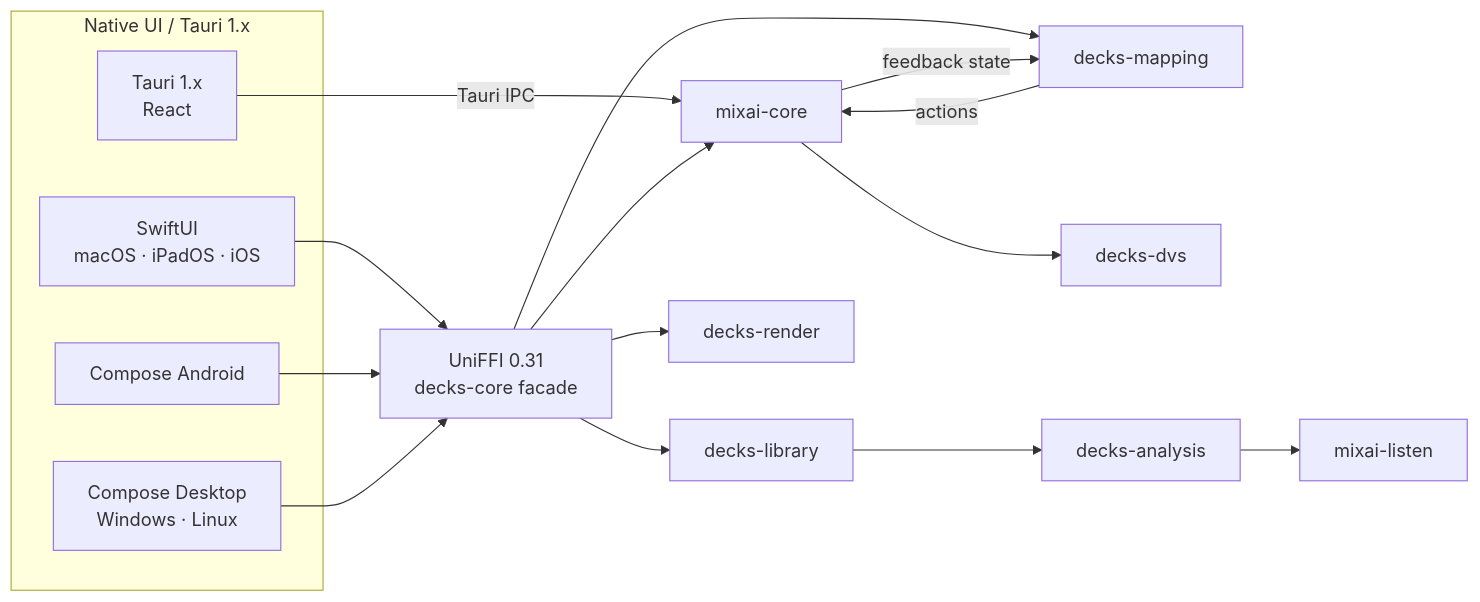
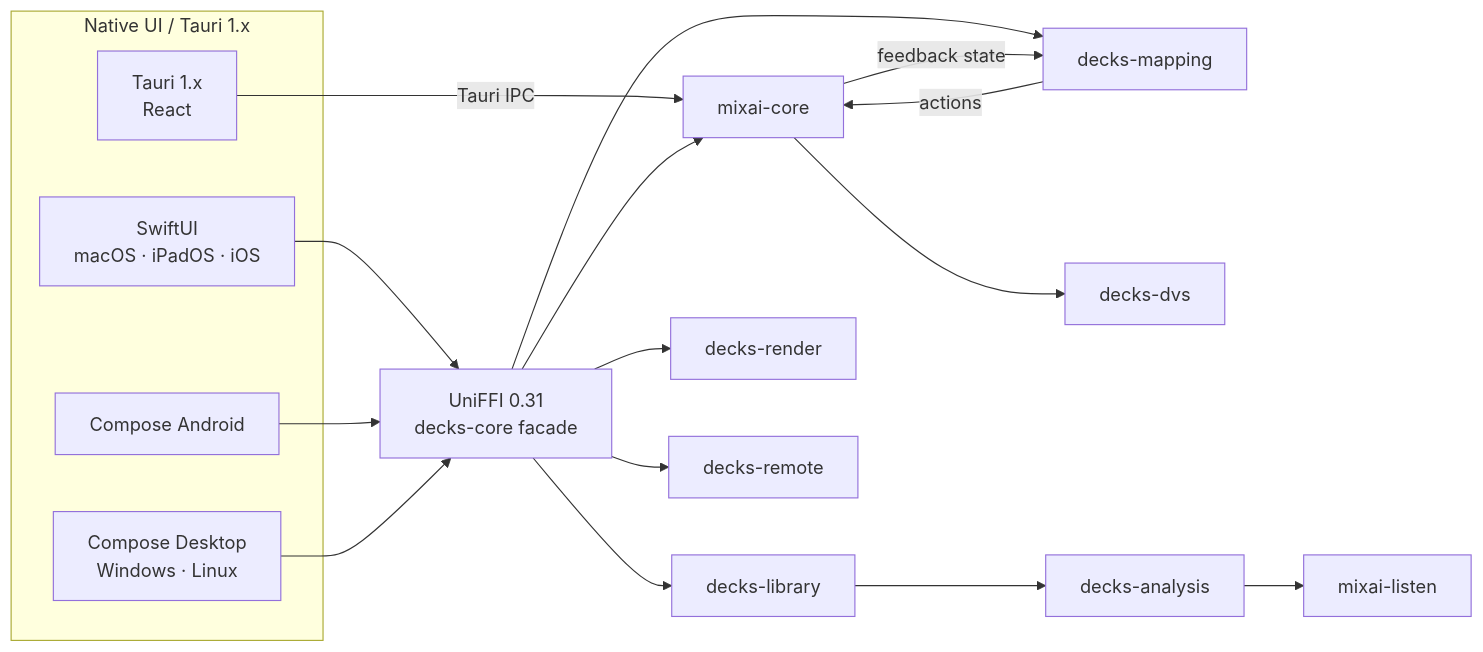
The first of 3 diagrams in docs/decks/architecture.md (dragoscv/mmo), drawn with Mermaid before and after one commit. The commit also changed other lines of this file and 37 other files, not shown here.

First line of the commit message:
feat(mixai): decks connected mode - phone remote, second screen and party requests (WP19-21)

````diff
--- a/docs/decks/architecture.md
+++ b/docs/decks/architecture.md
@@ -27,23 +30,24 @@
 ```mermaid
 flowchart LR
     subgraph UI[Native UI / Tauri 1.x]
         SW[SwiftUI<br/>macOS · iPadOS · iOS]
         CA[Compose Android]
         CD[Compose Desktop<br/>Windows · Linux]
         TA[Tauri 1.x<br/>React]
     end
     FFI[UniFFI 0.31<br/>decks-core facade]
     SW --> FFI
     CA --> FFI
     CD --> FFI
     TA -->|Tauri IPC| CORE
     FFI --> CORE[mixai-core]
     FFI --> LIB[decks-library]
     FFI --> MAP[decks-mapping]
     FFI --> REN[decks-render]
+    FFI --> REM[decks-remote]
     CORE --> DVS[decks-dvs]
     LIB --> ANA[decks-analysis]
     ANA --> LST[mixai-listen]
     MAP -->|actions| CORE
     CORE -->|feedback state| MAP
 ```
````
